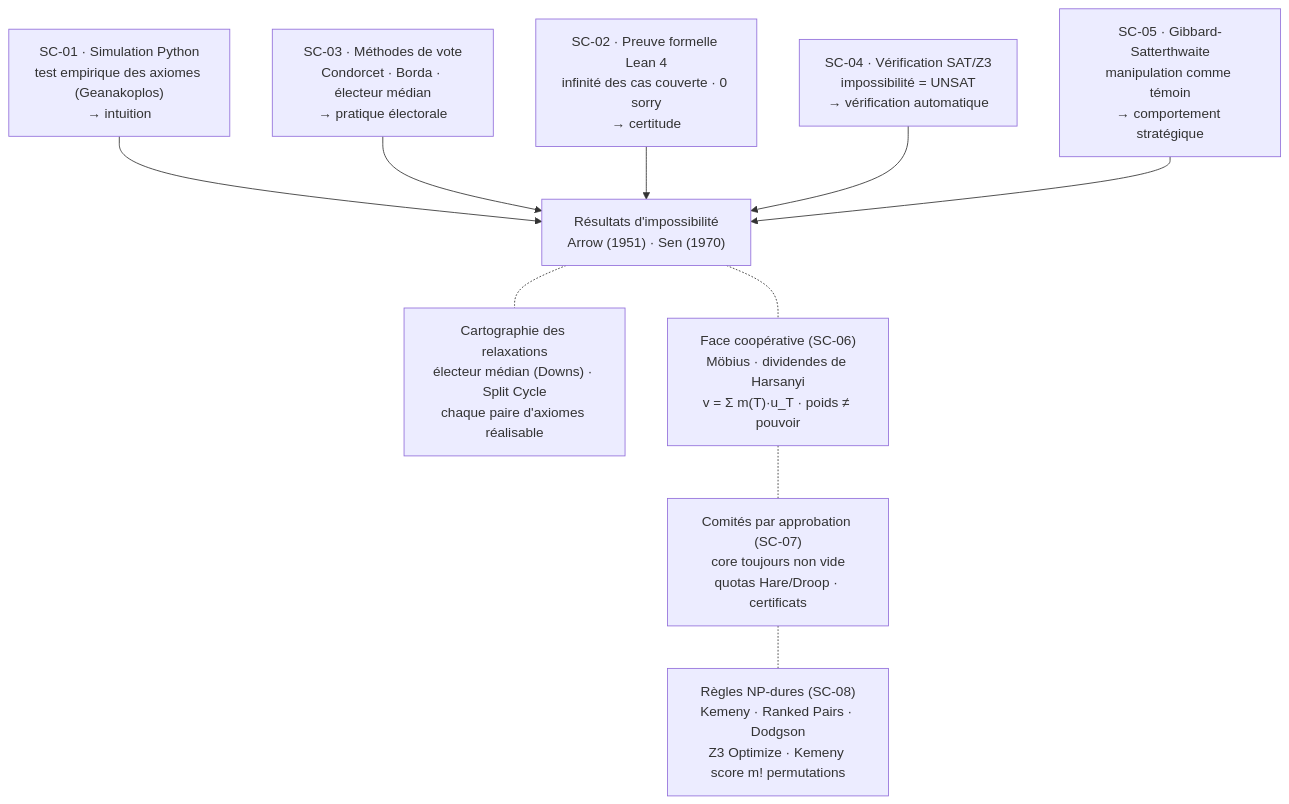
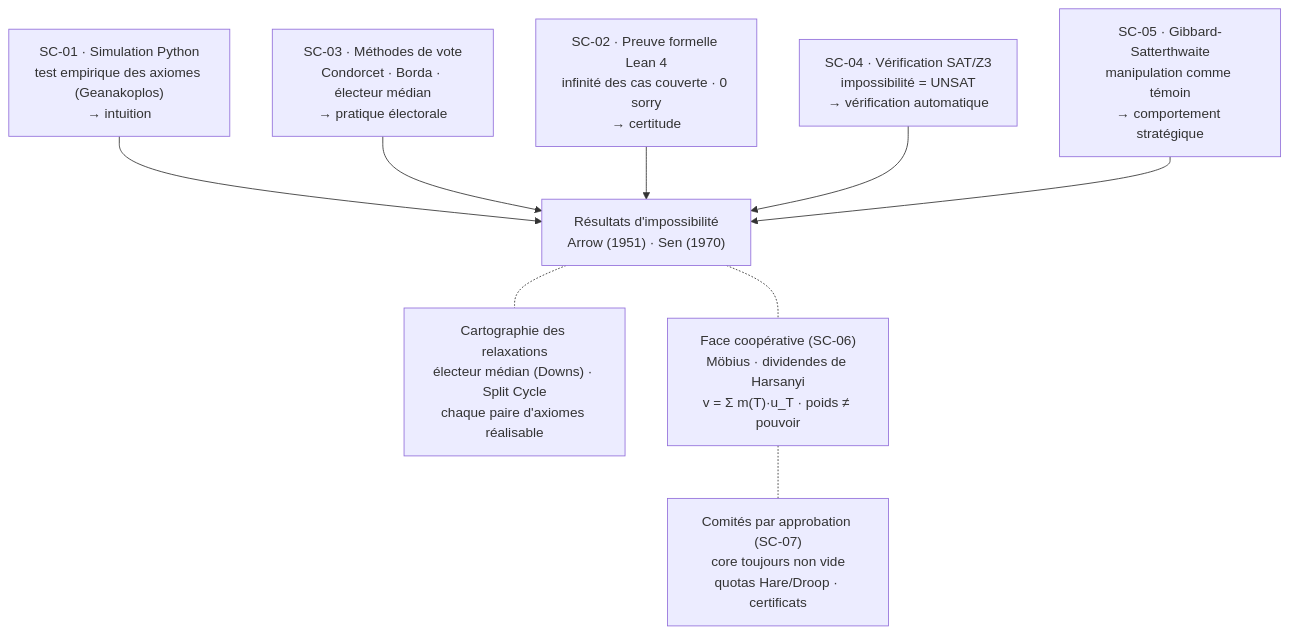
One commit to jsboige/CoursIA changed the diagram in MyIA.AI.Notebooks/GameTheory/SocialChoice/README.md. Above: the diagram before and after it, drawn with Mermaid. The commit also changed other lines of this file, not shown here.

````diff
--- a/MyIA.AI.Notebooks/GameTheory/SocialChoice/README.md
+++ b/MyIA.AI.Notebooks/GameTheory/SocialChoice/README.md
@@ -51,20 +50,19 @@
 ```mermaid
 flowchart TD
     Result["Résultats d'impossibilité<br/>Arrow (1951) · Sen (1970)"]
 
     E1["SC-01 · Simulation Python<br/>test empirique des axiomes (Geanakoplos)<br/>→ intuition"]
     E2["SC-03 · Méthodes de vote<br/>Condorcet · Borda · électeur médian<br/>→ pratique électorale"]
     E3["SC-02 · Preuve formelle Lean 4<br/>infinité des cas couverte · 0 sorry<br/>→ certitude"]
     E4["SC-04 · Vérification SAT/Z3<br/>impossibilité = UNSAT<br/>→ vérification automatique"]
     E5["SC-05 · Gibbard-Satterthwaite<br/>manipulation comme témoin<br/>→ comportement stratégique"]
 
     E1 --> Result
     E2 --> Result
     E3 --> Result
     E4 --> Result
     E5 --> Result
     Result -.- Relax["Cartographie des relaxations<br/>électeur médian (Downs) · Split Cycle<br/>chaque paire d'axiomes réalisable"]
     Result -.- Coop["Face coopérative (SC-06)<br/>Möbius · dividendes de Harsanyi<br/>v = Σ m(T)·u_T · poids ≠ pouvoir"]
     Coop -.- Comm["Comités par approbation (SC-07)<br/>core toujours non vide<br/>quotas Hare/Droop · certificats"]
-    Comm -.- NP["Règles NP-dures (SC-08)<br/>Kemeny · Ranked Pairs · Dodgson<br/>Z3 Optimize · Kemeny score m! permutations"]
 ```
````
